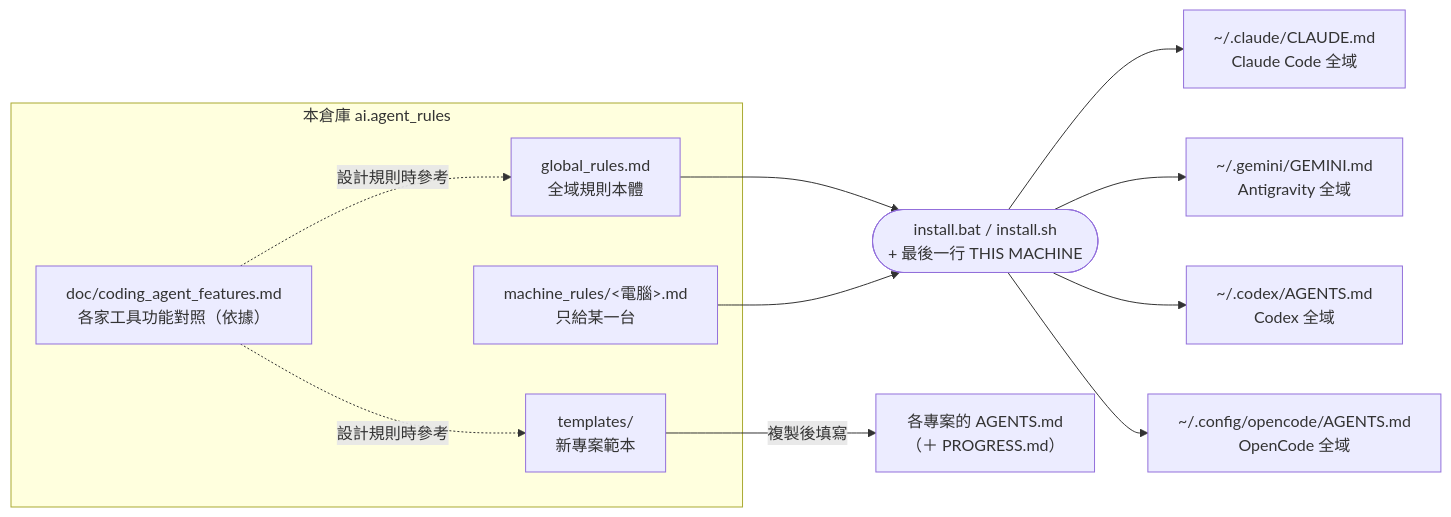
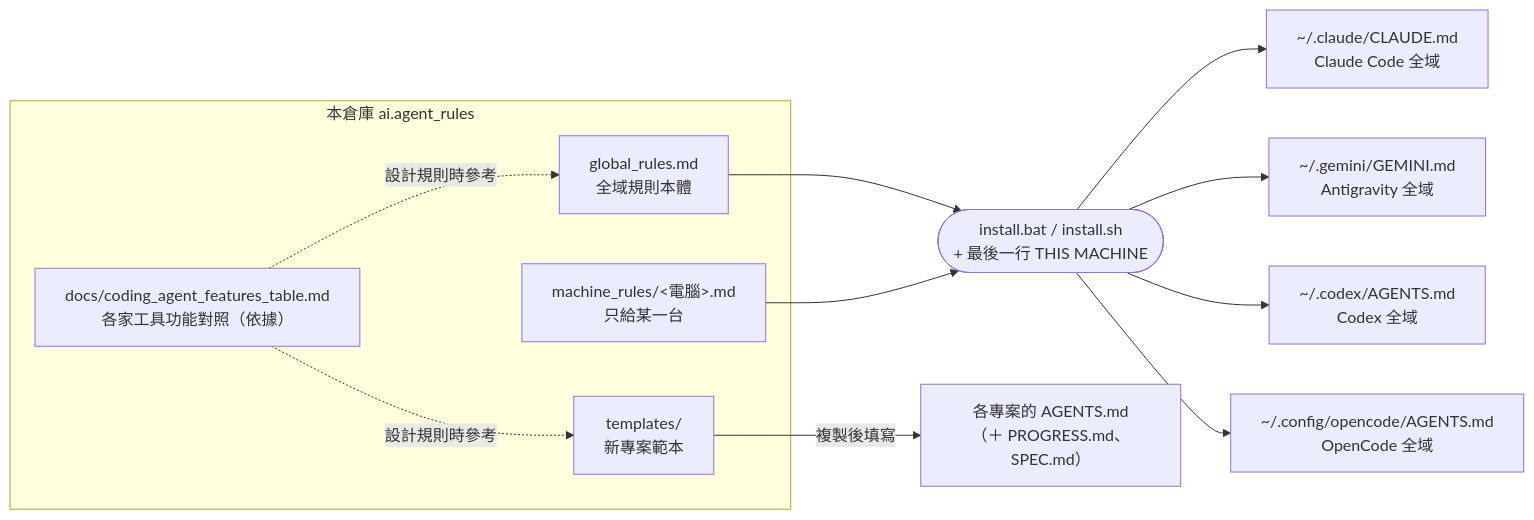
Before and after one commit to erniesu8090-beep/ai.agent_rules: the first of 4 diagrams in README.md, drawn with Mermaid. The commit also changed other lines of this file and 23 other files, not shown here.

Commit message:
整合 10/31 版規則與 5 份 docs 主文件，保留 Codex 支援、根目錄收納與生圖規範（管制機不含 Codex）

````diff
--- a/README.md
+++ b/README.md
@@ -13,20 +13,20 @@
 ```mermaid
 flowchart LR
   subgraph REPO["本倉庫 ai.agent_rules"]
     G["global_rules.md<br/>全域規則本體"]
     M["machine_rules/&lt;電腦&gt;.md<br/>只給某一台"]
     T["templates/<br/>新專案範本"]
-    D["doc/coding_agent_features.md<br/>各家工具功能對照（依據）"]
+    D["docs/coding_agent_features_table.md<br/>各家工具功能對照（依據）"]
   end
 
   G --> I(["install.bat / install.sh<br/>+ 最後一行 THIS MACHINE"])
   M --> I
   I --> C["~/.claude/CLAUDE.md<br/>Claude Code 全域"]
   I --> A["~/.gemini/GEMINI.md<br/>Antigravity 全域"]
   I --> X["~/.codex/AGENTS.md<br/>Codex 全域"]
   I --> O["~/.config/opencode/AGENTS.md<br/>OpenCode 全域"]
 
-  T -- 複製後填寫 --> P["各專案的 AGENTS.md<br/>（＋ PROGRESS.md）"]
+  T -- 複製後填寫 --> P["各專案的 AGENTS.md<br/>（＋ PROGRESS.md、SPEC.md）"]
   D -. 設計規則時參考 .-> G
   D -. 設計規則時參考 .-> T
 ```
````
